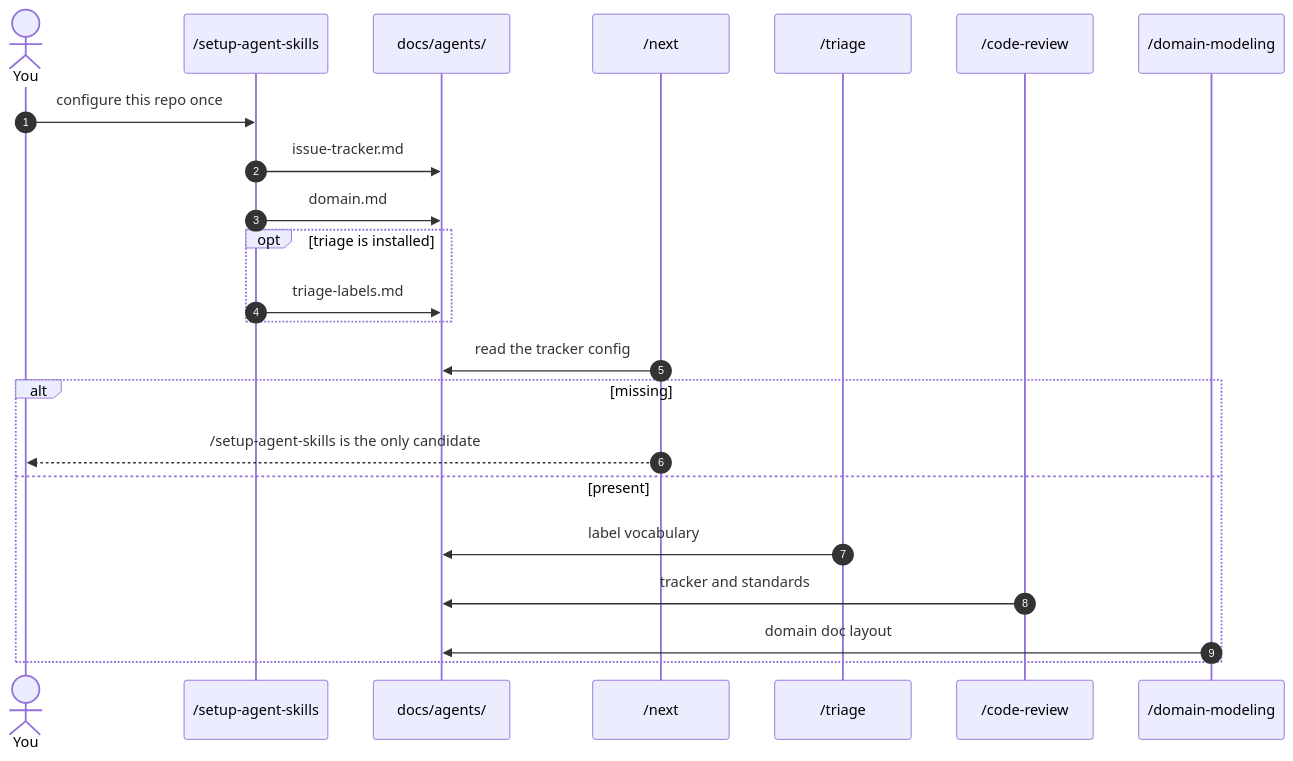
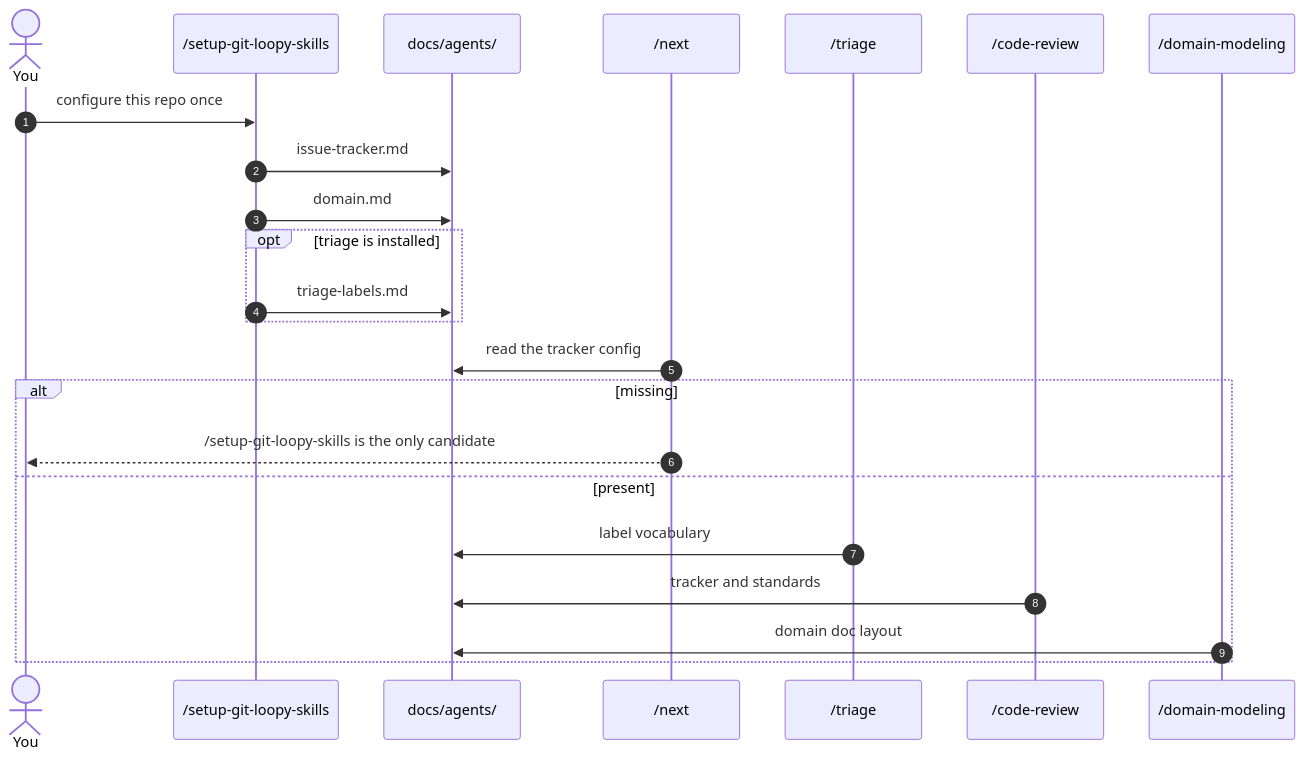
The tenth of 12 diagrams in docs/skill-connections.md (bradcstevens/git-loopy-skills), drawn with Mermaid before and after one commit. The commit also changed other lines of this file and 35 other files, not shown here.

````diff
--- a/docs/skill-connections.md
+++ b/docs/skill-connections.md
@@ -458,27 +453,27 @@
 ```mermaid
 sequenceDiagram
     autonumber
     actor U as You
-    participant SAS as /setup-agent-skills
+    participant SAS as /setup-git-loopy-skills
     participant DOC as docs/agents/
     participant NX as /next
     participant TR as /triage
     participant CR as /code-review
     participant DM as /domain-modeling
 
     U->>SAS: configure this repo once
     SAS->>DOC: issue-tracker.md
     SAS->>DOC: domain.md
     opt triage is installed
         SAS->>DOC: triage-labels.md
     end
 
     NX->>DOC: read the tracker config
     alt missing
-        NX-->>U: /setup-agent-skills is the only candidate
+        NX-->>U: /setup-git-loopy-skills is the only candidate
     else present
         TR->>DOC: label vocabulary
         CR->>DOC: tracker and standards
         DM->>DOC: domain doc layout
     end
 ```
````
